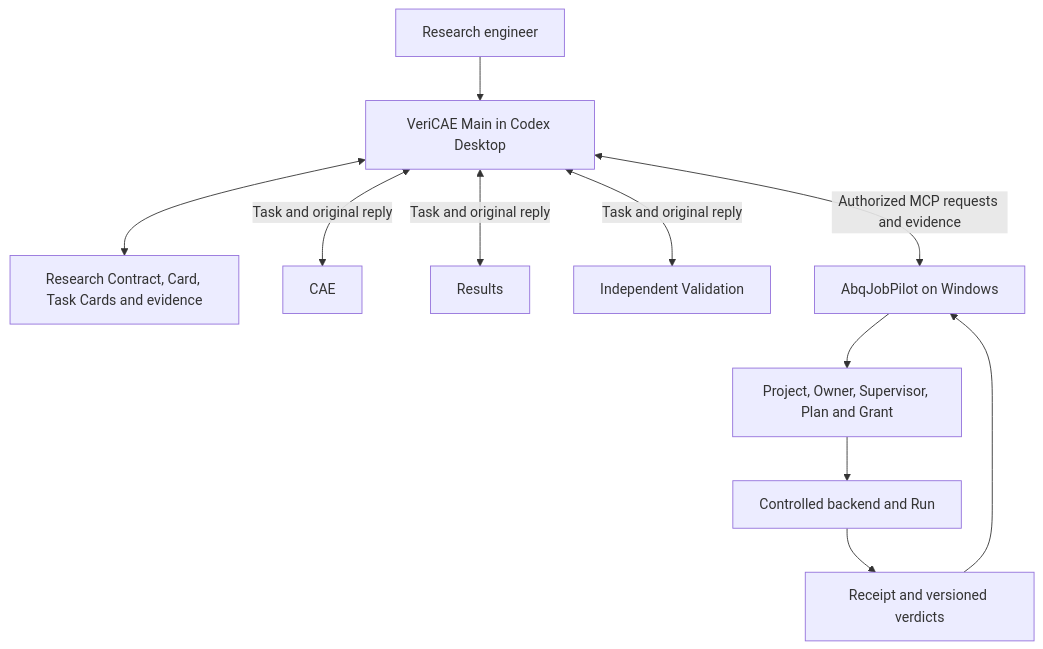
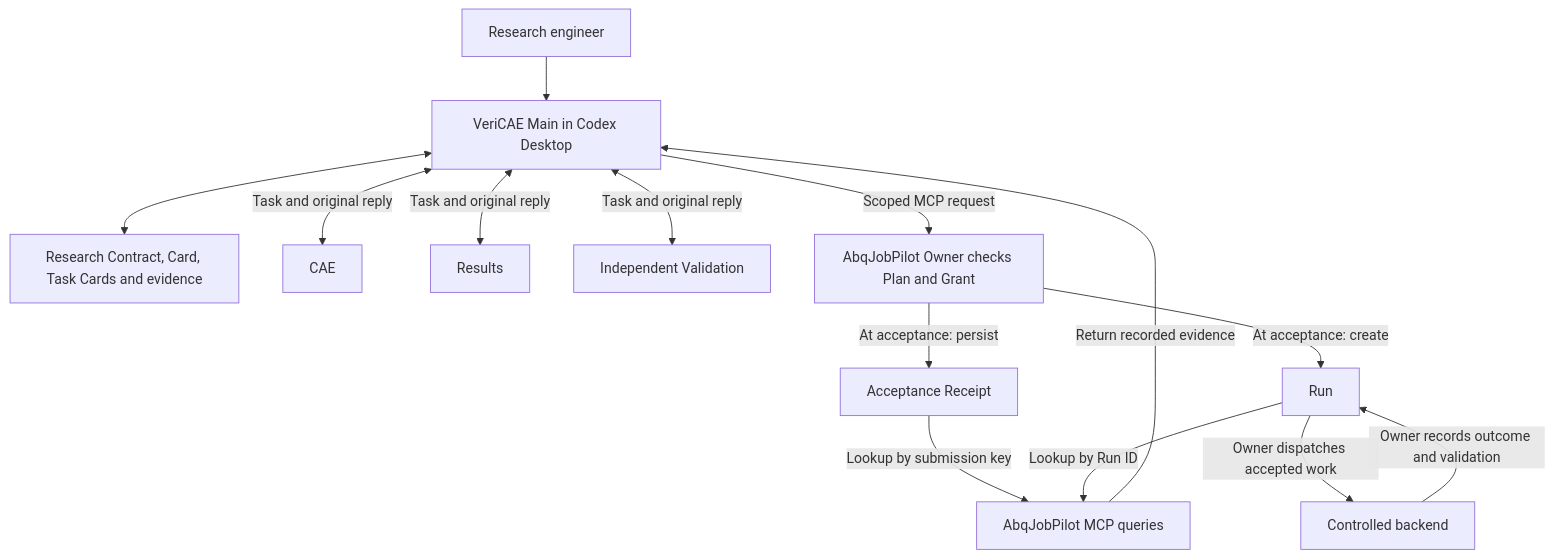
The diagram in README.md (BrunelXian/Goal-Driven-CAE-Orchestrator), drawn with Mermaid before and after one commit. The commit also changed other lines of this file, not shown here.

Commit message:
Clarify submission acceptance and link the companion execution preview

````diff
--- a/README.md
+++ b/README.md
@@ -9,13 +9,16 @@
 ```mermaid
 flowchart TD
     User[Research engineer] --> Main[VeriCAE Main in Codex Desktop]
     Main <--> Files[Research Contract, Card, Task Cards and evidence]
     Main <-->|Task and original reply| CAE[CAE]
     Main <-->|Task and original reply| Results[Results]
     Main <-->|Task and original reply| IV[Independent Validation]
-    Main <-->|Authorized MCP requests and evidence| Pilot[AbqJobPilot on Windows]
-    Pilot --> Gate[Project, Owner, Supervisor, Plan and Grant]
-    Gate --> Run[Controlled backend and Run]
-    Run --> Receipt[Receipt and versioned verdicts]
-    Receipt --> Pilot
+    Main -->|Scoped MCP request| Accept[AbqJobPilot Owner checks Plan and Grant]
+    Accept -->|At acceptance: persist| Receipt[Acceptance Receipt]
+    Accept -->|At acceptance: create| Run[Run]
+    Run -->|Owner dispatches accepted work| Backend[Controlled backend]
+    Backend -->|Owner records outcome and validation| Run
+    Receipt -->|Lookup by submission key| Read[AbqJobPilot MCP queries]
+    Run -->|Lookup by Run ID| Read
+    Read -->|Return recorded evidence| Main
 ```
````
